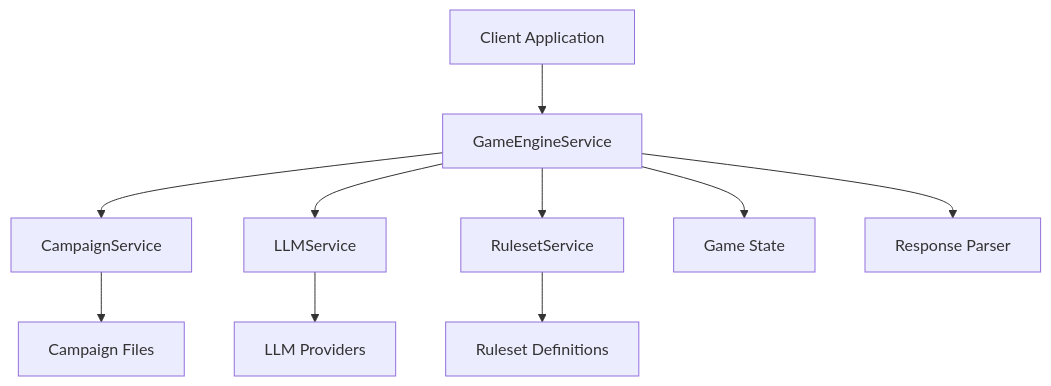
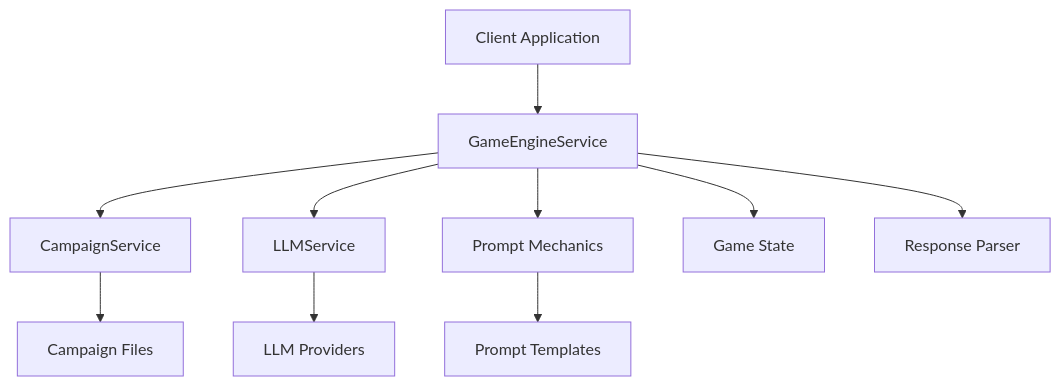
Before and after one commit to justinkook/novai: the diagram in apps/docs/engine/architecture.mdx, drawn with Mermaid. The commit also changed other lines of this file and 20 other files, not shown here.

````diff
--- a/apps/docs/engine/architecture.mdx
+++ b/apps/docs/engine/architecture.mdx
@@ -12,14 +12,14 @@
 ```mermaid
 graph TB
     A[Client Application] --> B[GameEngineService]
     B --> C[CampaignService]
     B --> D[LLMService]
-    B --> E[RulesetService]
-    
+    B --> E[Prompt Mechanics]
+
     C --> F[Campaign Files]
     D --> G[LLM Providers]
-    E --> H[Ruleset Definitions]
-    
+    E --> H[Prompt Templates]
+
     B --> I[Game State]
     B --> J[Response Parser]
 ```
````
